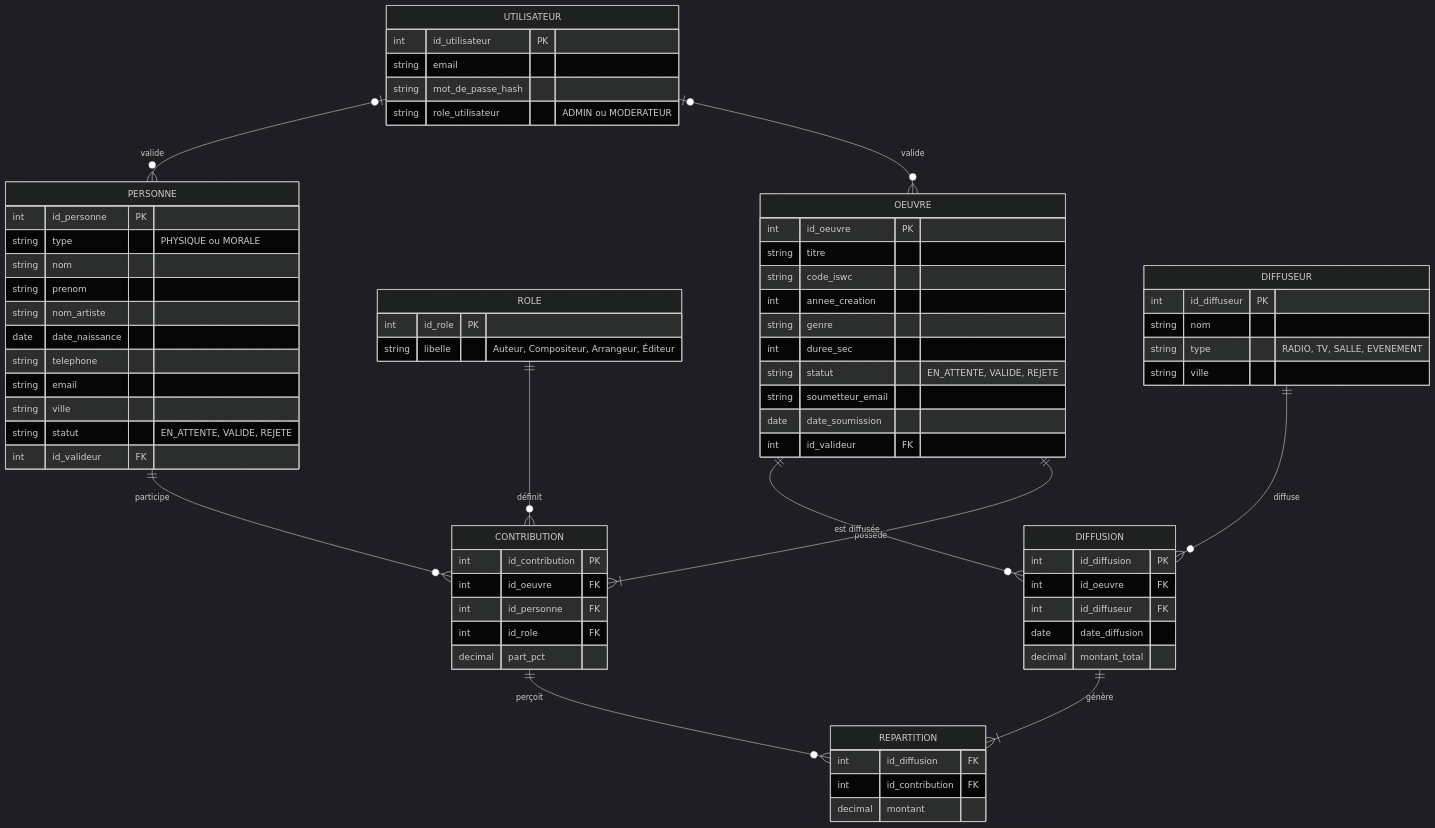
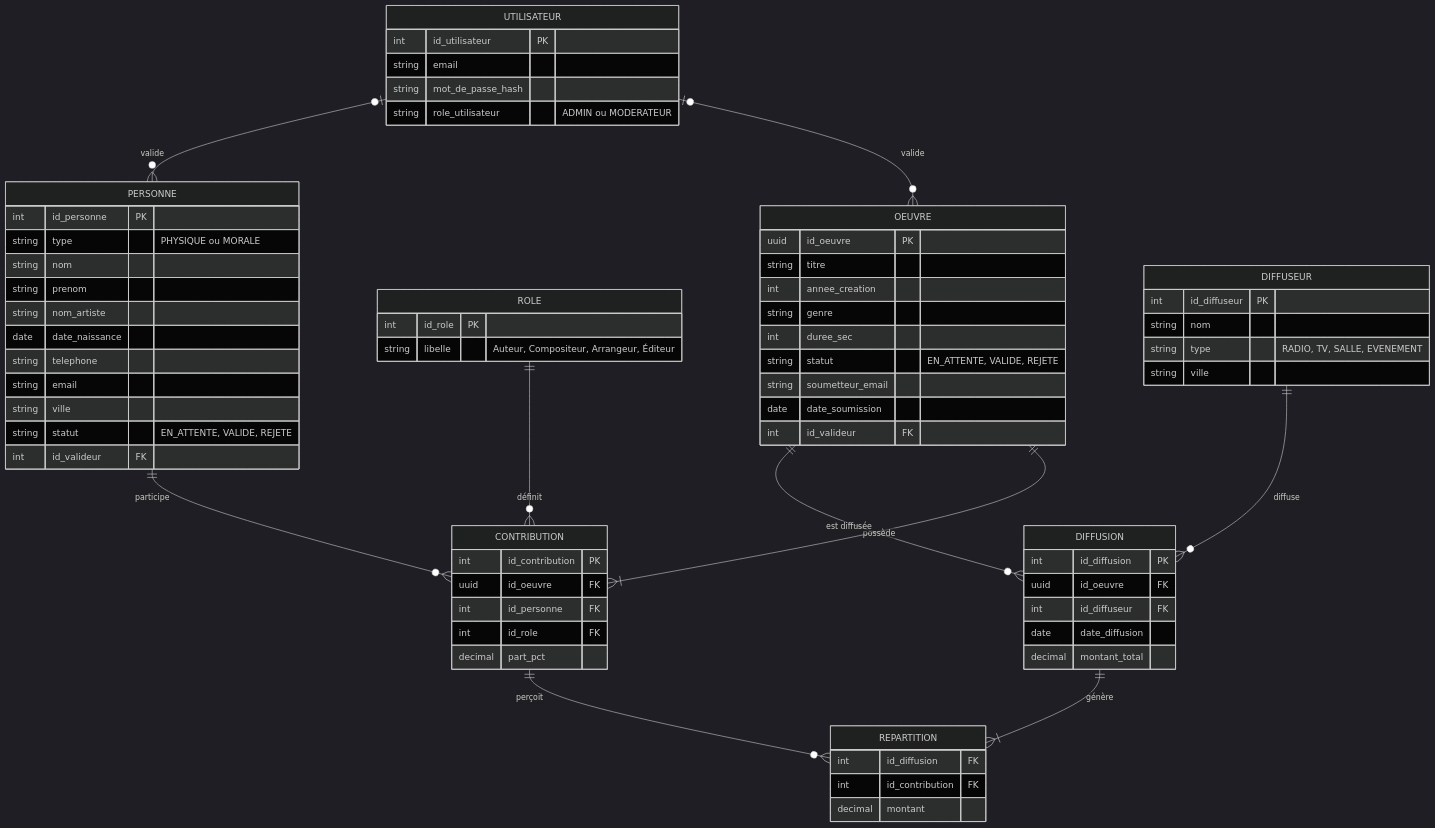
Before and after one commit to ryurina/ny-hirako: the third of 6 diagrams in README.md, drawn with Mermaid (dark theme). The commit also changed other lines of this file and 12 other files, not shown here.

Commit message:
generer id_oeuvre aleatoirement (UUID)

````diff
--- a/README.md
+++ b/README.md
@@ -76,73 +76,72 @@
 ```mermaid
 erDiagram
     PERSONNE ||--o{ CONTRIBUTION : "participe"
     ROLE ||--o{ CONTRIBUTION : "définit"
     OEUVRE ||--|{ CONTRIBUTION : "possède"
     OEUVRE ||--o{ DIFFUSION : "est diffusée"
     DIFFUSEUR ||--o{ DIFFUSION : "diffuse"
     DIFFUSION ||--|{ REPARTITION : "génère"
     CONTRIBUTION ||--o{ REPARTITION : "perçoit"
     UTILISATEUR |o--o{ OEUVRE : "valide"
     UTILISATEUR |o--o{ PERSONNE : "valide"
 
     PERSONNE {
         int id_personne PK
         string type "PHYSIQUE ou MORALE"
         string nom
         string prenom
         string nom_artiste
         date date_naissance
         string telephone
         string email
         string ville
         string statut "EN_ATTENTE, VALIDE, REJETE"
         int id_valideur FK
     }
     ROLE {
         int id_role PK
         string libelle "Auteur, Compositeur, Arrangeur, Éditeur"
     }
     OEUVRE {
-        int id_oeuvre PK
+        uuid id_oeuvre PK
         string titre
-        string code_iswc
         int annee_creation
         string genre
         int duree_sec
         string statut "EN_ATTENTE, VALIDE, REJETE"
         string soumetteur_email
         date date_soumission
         int id_valideur FK
     }
     CONTRIBUTION {
         int id_contribution PK
-        int id_oeuvre FK
+        uuid id_oeuvre FK
         int id_personne FK
         int id_role FK
         decimal part_pct
     }
     DIFFUSEUR {
         int id_diffuseur PK
         string nom
         string type "RADIO, TV, SALLE, EVENEMENT"
         string ville
     }
     DIFFUSION {
         int id_diffusion PK
-        int id_oeuvre FK
+        uuid id_oeuvre FK
         int id_diffuseur FK
         date date_diffusion
         decimal montant_total
     }
     REPARTITION {
         int id_diffusion FK
         int id_contribution FK
         decimal montant
     }
     UTILISATEUR {
         int id_utilisateur PK
         string email
         string mot_de_passe_hash
         string role_utilisateur "ADMIN ou MODERATEUR"
     }
 ```
````
